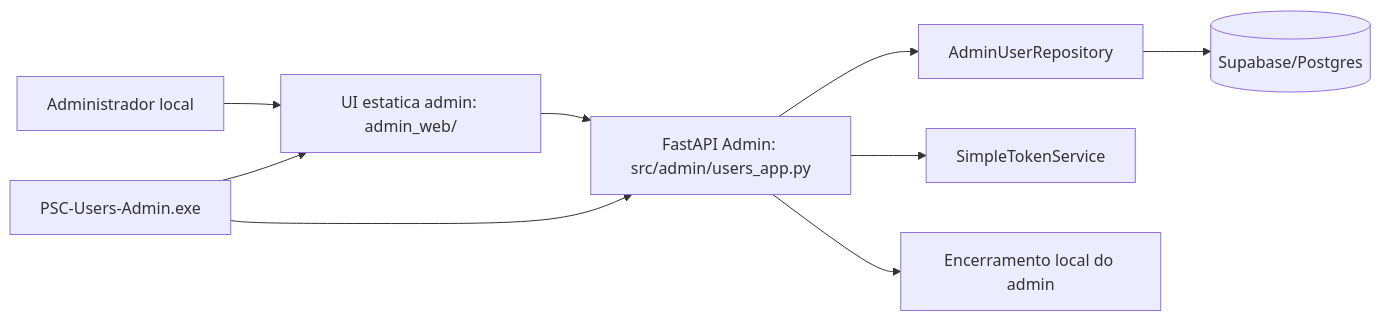
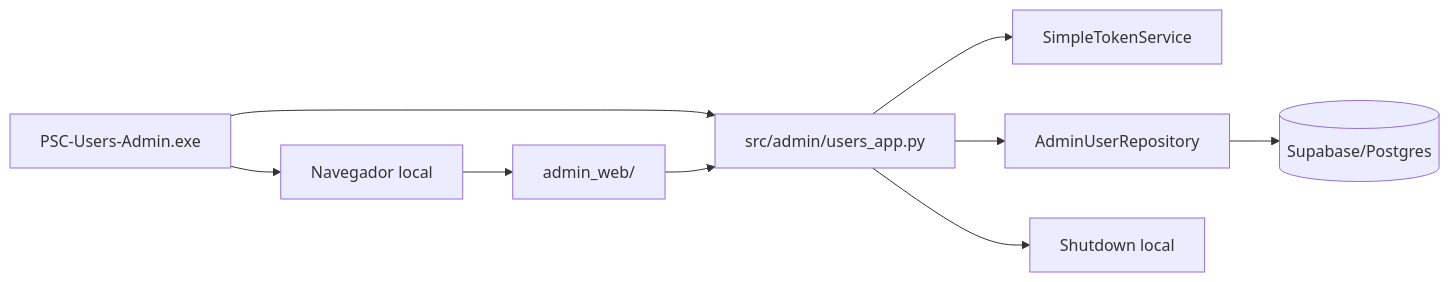
Before and after one commit to jpao08/PSC: the third of 6 diagrams in docs/ai-context/SERVICE-DIAGRAM.md, drawn with Mermaid. The commit also changed other lines of this file and 40 other files, not shown here.

````diff
--- a/docs/ai-context/SERVICE-DIAGRAM.md
+++ b/docs/ai-context/SERVICE-DIAGRAM.md
@@ -28,11 +59,11 @@
 ```mermaid
 flowchart LR
-  Admin[Administrador local] --> AdminUI[UI estatica admin: admin_web/]
-  AdminUI --> AdminAPI[FastAPI Admin: src/admin/users_app.py]
+  AdminLauncher[PSC-Users-Admin.exe] --> AdminAPI[src/admin/users_app.py]
+  AdminLauncher --> AdminBrowser[Navegador local]
+  AdminBrowser --> AdminUI[admin_web/]
+  AdminUI --> AdminAPI
+  AdminAPI --> Token[SimpleTokenService]
   AdminAPI --> AdminRepo[AdminUserRepository]
-  AdminAPI --> Token[SimpleTokenService]
   AdminRepo --> Supabase[(Supabase/Postgres)]
-  AdminAPI --> AdminShutdown[Encerramento local do admin]
-  AdminLauncher[PSC-Users-Admin.exe] --> AdminAPI
-  AdminLauncher --> AdminUI
+  AdminAPI --> AdminShutdown[Shutdown local]
 ```
````
